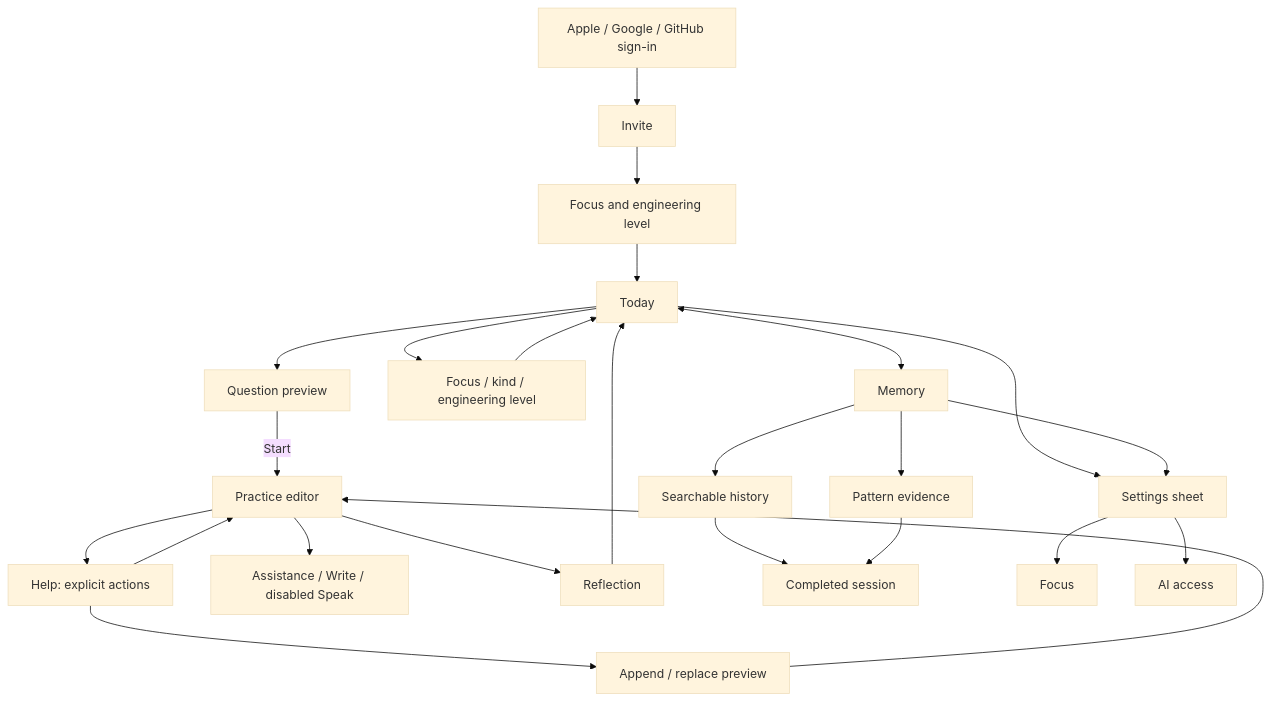
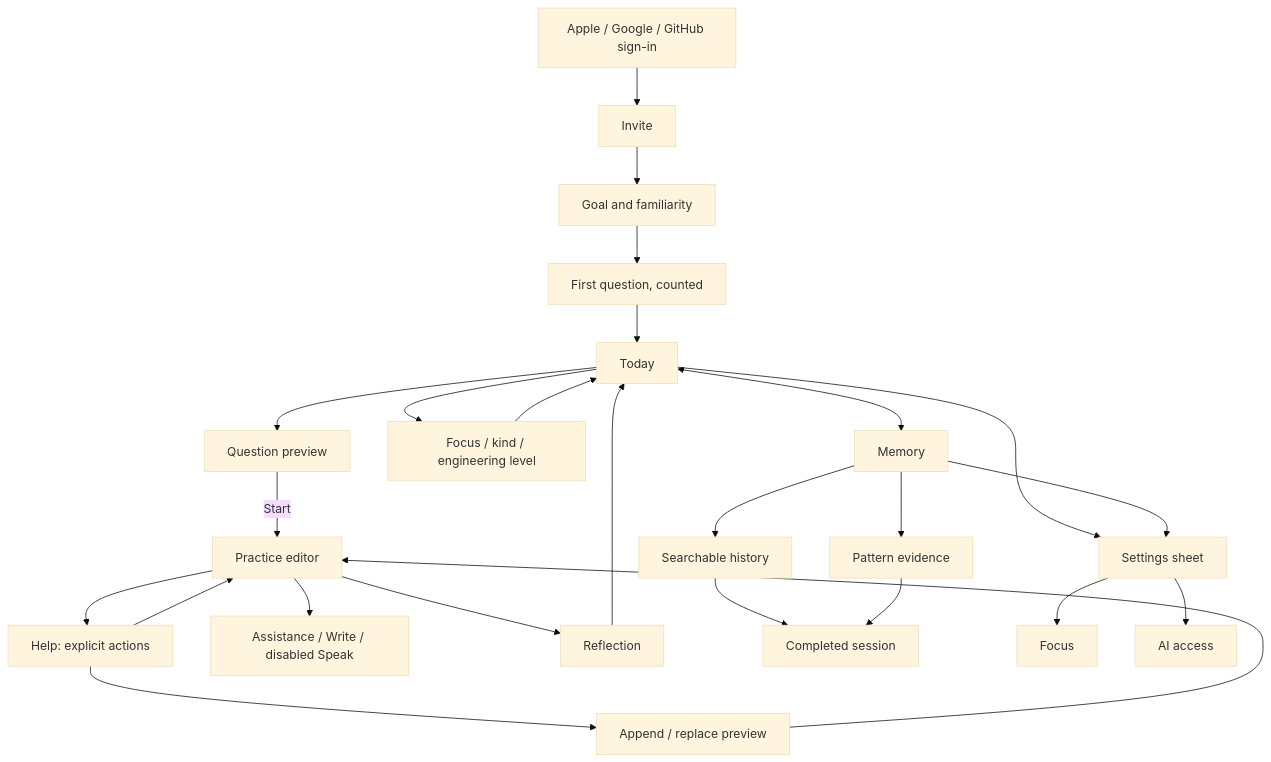
The diagram in docs/architecture.md (dawi369/drillbit), drawn with Mermaid (base theme) before and after one commit. The commit also changed other lines of this file and 59 other files, not shown here.

````diff
--- a/docs/architecture.md
+++ b/docs/architecture.md
@@ -9,26 +9,27 @@
 ```mermaid
 flowchart TD
   Auth[Apple / Google / GitHub sign-in] --> Invite[Invite]
-  Invite --> Setup[Focus and engineering level]
-  Setup --> Today[Today]
+  Invite --> Setup[Goal and familiarity]
+  Setup --> FirstRep[First question, counted]
+  FirstRep --> Today[Today]
   Today --> PreviewQuestion[Question preview]
   PreviewQuestion -->|Start| Practice[Practice editor]
   Today --> Prepare[Focus / kind / engineering level]
   Prepare --> Today
   Practice --> Help[Help: explicit actions]
   Help --> Preview[Append / replace preview]
   Preview --> Practice
   Help --> Practice
   Practice --> Options[Assistance / Write / disabled Speak]
   Practice --> Reflection[Reflection]
   Reflection --> Today
   Today <--> Memory[Memory]
   Memory --> History[Searchable history]
   Memory --> Evidence[Pattern evidence]
   History --> Detail[Completed session]
   Evidence --> Detail
   Today --> Settings[Settings sheet]
   Memory --> Settings
   Settings --> Focus[Focus]
   Settings --> AI[AI access]
 ```
````
